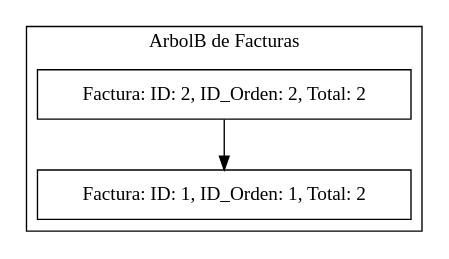
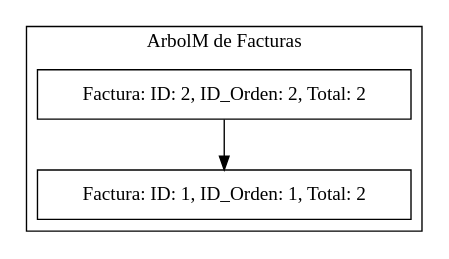
The diagram in FASE#3/AutoGest/bin/Debug/net8.0/reportes/pila.dot (EstebanTrampe01/-EDD-1S2025_202300431), drawn with Graphviz before and after one commit. The commit also changed 71 other files, not shown here.

```diff
--- a/FASE#3/AutoGest/bin/Debug/net8.0/reportes/pila.dot
+++ b/FASE#3/AutoGest/bin/Debug/net8.0/reportes/pila.dot
@@ -1,10 +1,10 @@
 digraph G {
     node [shape=record];
     rankdir=TB;
     subgraph cluster_0 {
-        label = "ArbolB de Facturas";
+        label = "ArbolM de Facturas";
         n0 [label = "{<data> Factura: ID: 2, ID_Orden: 2, Total: 2}"];
         n0 -> n1;
         n1 [label = "{<data> Factura: ID: 1, ID_Orden: 1, Total: 2}"];
     }
 }
```
